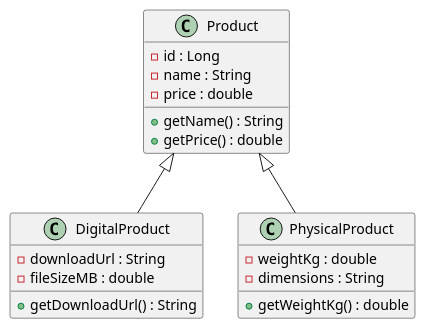
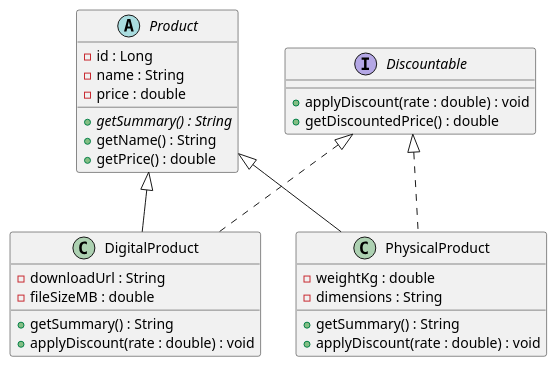
The diagram in docs/uml/product-hierarchy.puml (sahan20240094-dev/products-api), drawn with PlantUML before and after one commit. The commit also changed 7 other files, not shown here.

Commit message:
Tutorial 5: polymorphism - getSummary override and Discountable interface

```diff
--- a/docs/uml/product-hierarchy.puml
+++ b/docs/uml/product-hierarchy.puml
@@ -1,25 +1,37 @@
 @startuml
 
-class Product {
+abstract class Product {
 - id : Long
 - name : String
 - price : double
++ {abstract} getSummary() : String
 + getName() : String
 + getPrice() : double
+}
+
+interface Discountable {
++ applyDiscount(rate : double) : void
++ getDiscountedPrice() : double
 }
 
 class DigitalProduct {
 - downloadUrl : String
 - fileSizeMB : double
-+ getDownloadUrl() : String
++ getSummary() : String
++ applyDiscount(rate : double) : void
 }
 
 class PhysicalProduct {
 - weightKg : double
 - dimensions : String
-+ getWeightKg() : double
++ getSummary() : String
++ applyDiscount(rate : double) : void
 }
 
+' <|-- generalisation (extends): SOLID line
 Product <|-- DigitalProduct
 Product <|-- PhysicalProduct
+' <|.. realisation (implements): DASHED line
+Discountable <|.. DigitalProduct
+Discountable <|.. PhysicalProduct
 @enduml
```
